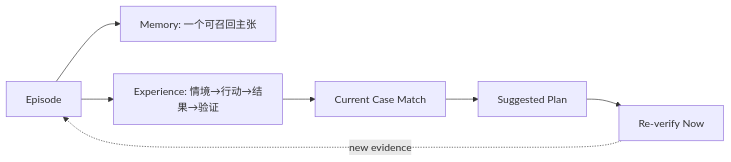
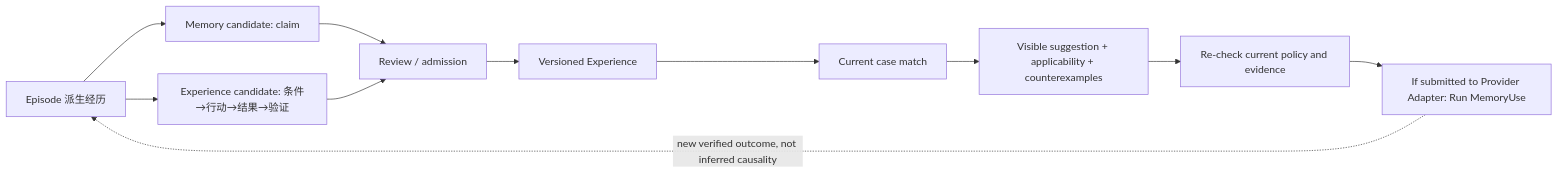
Before and after one commit to Cainheart/tracegraph-agent: the first of 2 diagrams in docs/outlive-agent-v2/04-memory-and-experience/03-experience-learning.md, drawn with Mermaid. The commit also changed other lines of this file and 35 other files, not shown here.

First line of the commit message:
docs(architecture): 以 Agent Runtime 与 Session/Evidence 取代三平面模型

````diff
--- a/docs/outlive-agent-v2/04-memory-and-experience/03-experience-learning.md
+++ b/docs/outlive-agent-v2/04-memory-and-experience/03-experience-learning.md
@@ -15,9 +15,13 @@
 ```mermaid
 flowchart LR
-  EP[Episode] --> M[Memory: 一个可召回主张]
-  EP --> X[Experience: 情境→行动→结果→验证]
-  X --> C[Current Case Match]
-  C --> A[Suggested Plan]
-  A --> V[Re-verify Now]
-  V -.new evidence.-> EP
+  EP[Episode 派生经历] --> MC[Memory candidate: claim]
+  EP --> XC[Experience candidate: 条件→行动→结果→验证]
+  MC --> R[Review / admission]
+  XC --> R
+  R --> X[Versioned Experience]
+  X --> C[Current case match]
+  C --> A[Visible suggestion + applicability + counterexamples]
+  A --> V[Re-check current policy and evidence]
+  V --> U[If submitted to Provider Adapter: Run MemoryUse]
+  U -.new verified outcome, not inferred causality.-> EP
 ```
````
